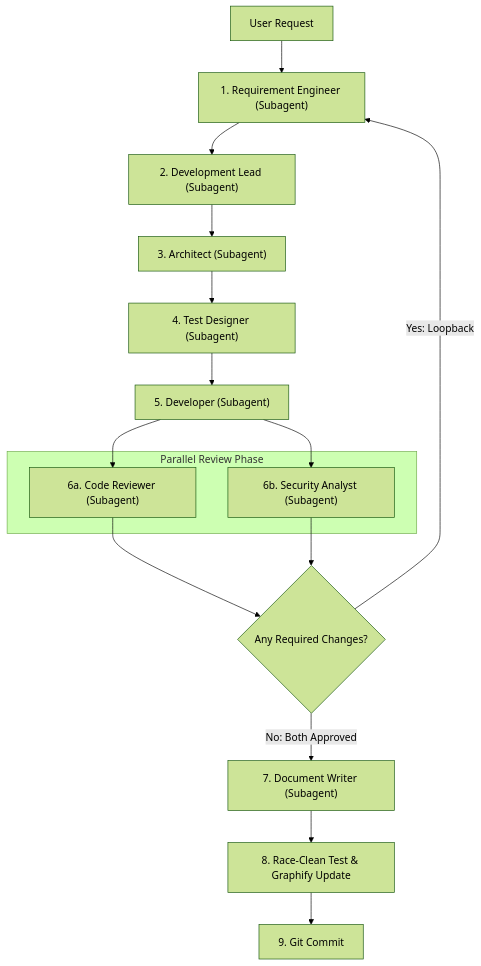
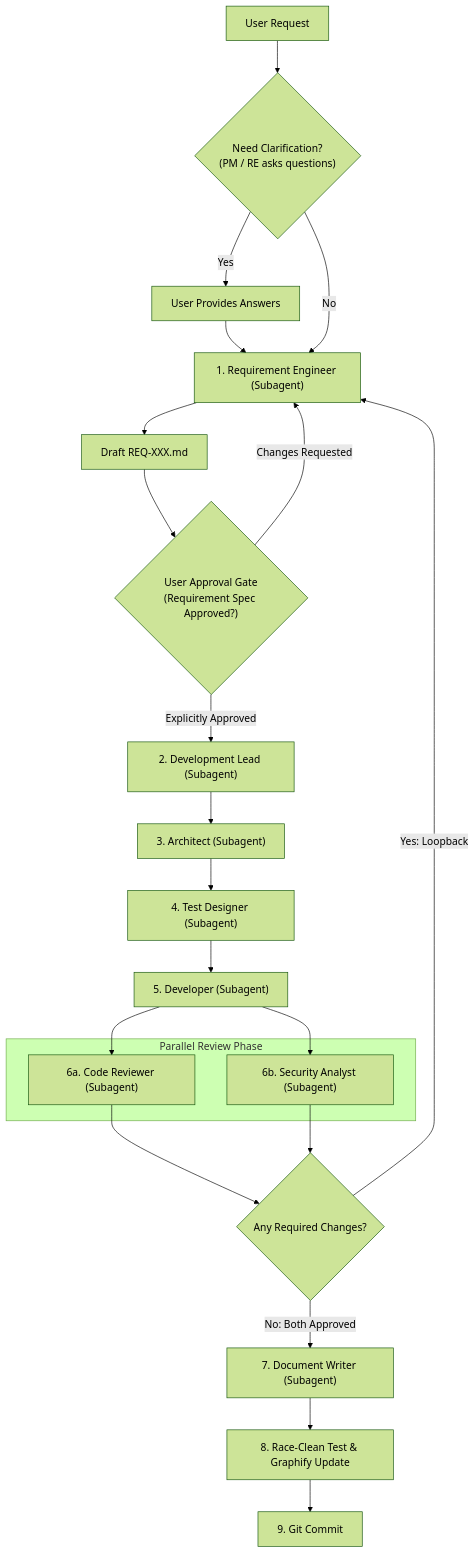
Before and after one commit to SayantanSaha/toron: the diagram in .agents/agents/project-manager.md, drawn with Mermaid (forest theme). The commit also changed other lines of this file and 1 other file, not shown here.

Commit message:
chore(agents): empower PM and RE to ask questions and enforce mandatory user approval gate on requirement specs

````diff
--- a/.agents/agents/project-manager.md
+++ b/.agents/agents/project-manager.md
@@ -54,24 +55,33 @@
 ```mermaid
 flowchart TD
-    Start["User Request"] --> RE["1. Requirement Engineer (Subagent)"]
-    RE --> DL["2. Development Lead (Subagent)"]
+    Start["User Request"] --> Clarify{"Need Clarification?<br/>(PM / RE asks questions)"}
+    Clarify -->|Yes| UserAnswers["User Provides Answers"]
+    UserAnswers --> RE["1. Requirement Engineer (Subagent)"]
+    Clarify -->|No| RE
+
+    RE --> Spec["Draft REQ-XXX.md"]
+    Spec --> UserGate{"User Approval Gate<br/>(Requirement Spec Approved?)"}
+
+    UserGate -->|Changes Requested| RE
+    UserGate -->|Explicitly Approved| DL["2. Development Lead (Subagent)"]
+
     DL --> AR["3. Architect (Subagent)"]
     AR --> TD["4. Test Designer (Subagent)"]
     TD --> DEV["5. Developer (Subagent)"]
 
     subgraph ParallelReviews["Parallel Review Phase"]
         CR["6a. Code Reviewer (Subagent)"]
         SA["6b. Security Analyst (Subagent)"]
     end
 
     DEV --> CR
     DEV --> SA
 
     CR --> Eval{"Any Required Changes?"}
     SA --> Eval
 
     Eval -->|Yes: Loopback| RE
     Eval -->|No: Both Approved| DOC["7. Document Writer (Subagent)"]
     DOC --> Verify["8. Race-Clean Test & Graphify Update"]
     Verify --> Commit["9. Git Commit"]
 ```
````
